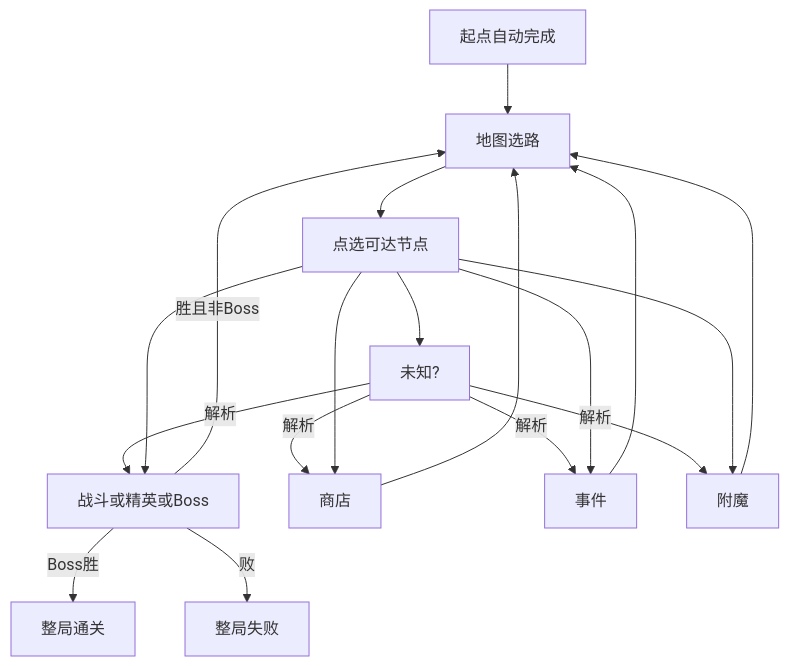
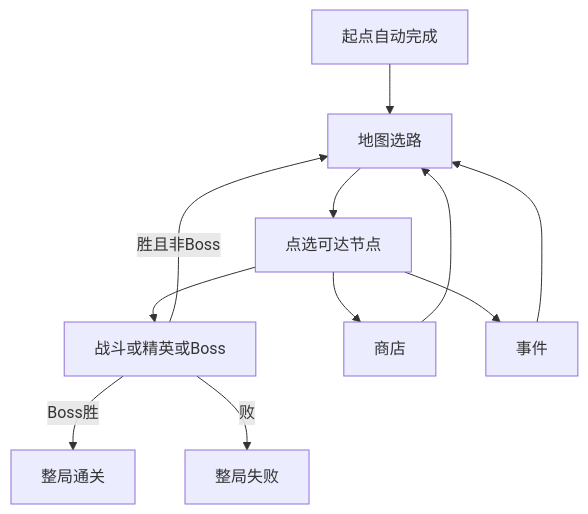
One commit to Kanerickyz/project-autochess changed the diagram in Documents/Features/MAP.md. Above: the diagram before and after it, drawn with Mermaid. The commit also changed other lines of this file and 4 other files, not shown here.

First line of the commit message:
feat(map): 主塔地图不再刷未知与附魔，份额归战斗

````diff
--- a/Documents/Features/MAP.md
+++ b/Documents/Features/MAP.md
@@ -114,20 +109,13 @@
 ```mermaid
 flowchart TD
   StartNode[起点自动完成] --> MapSelect[地图选路]
   MapSelect --> Pick[点选可达节点]
-  Pick --> MysteryNode[未知?]
-  MysteryNode -->|解析| CombatLike
-  MysteryNode -->|解析| ShopNode
-  MysteryNode -->|解析| EventNode
-  MysteryNode -->|解析| EnchantNode
   Pick --> CombatLike[战斗或精英或Boss]
   Pick --> ShopNode[商店]
   Pick --> EventNode[事件]
-  Pick --> EnchantNode[附魔]
   CombatLike -->|胜且非Boss| MapSelect
   CombatLike -->|Boss胜| RunWin[整局通关]
   CombatLike -->|败| RunLose[整局失败]
   ShopNode --> MapSelect
   EventNode --> MapSelect
-  EnchantNode --> MapSelect
 ```
````
